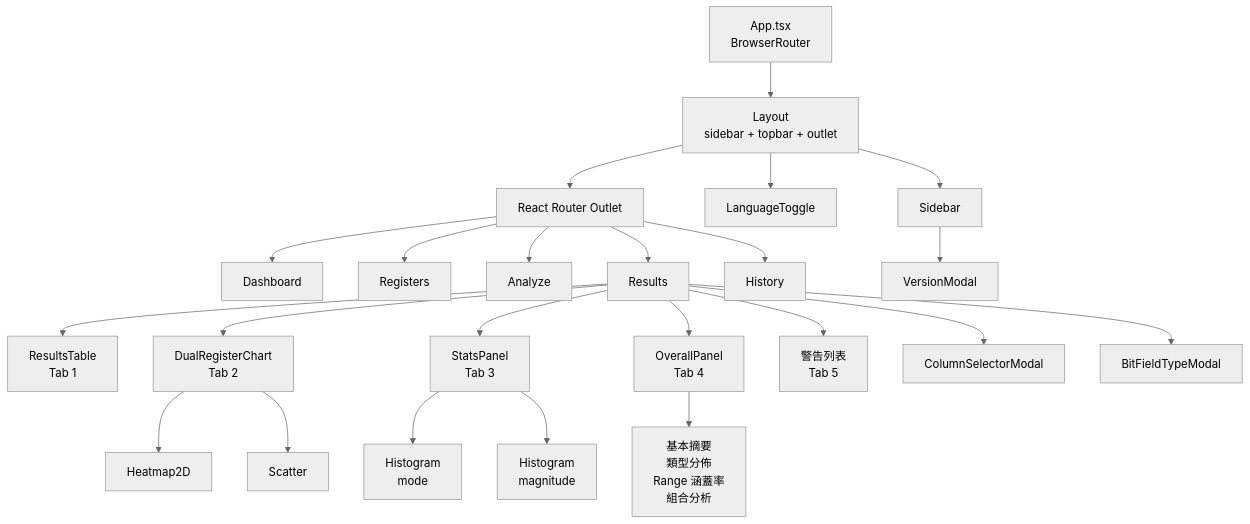
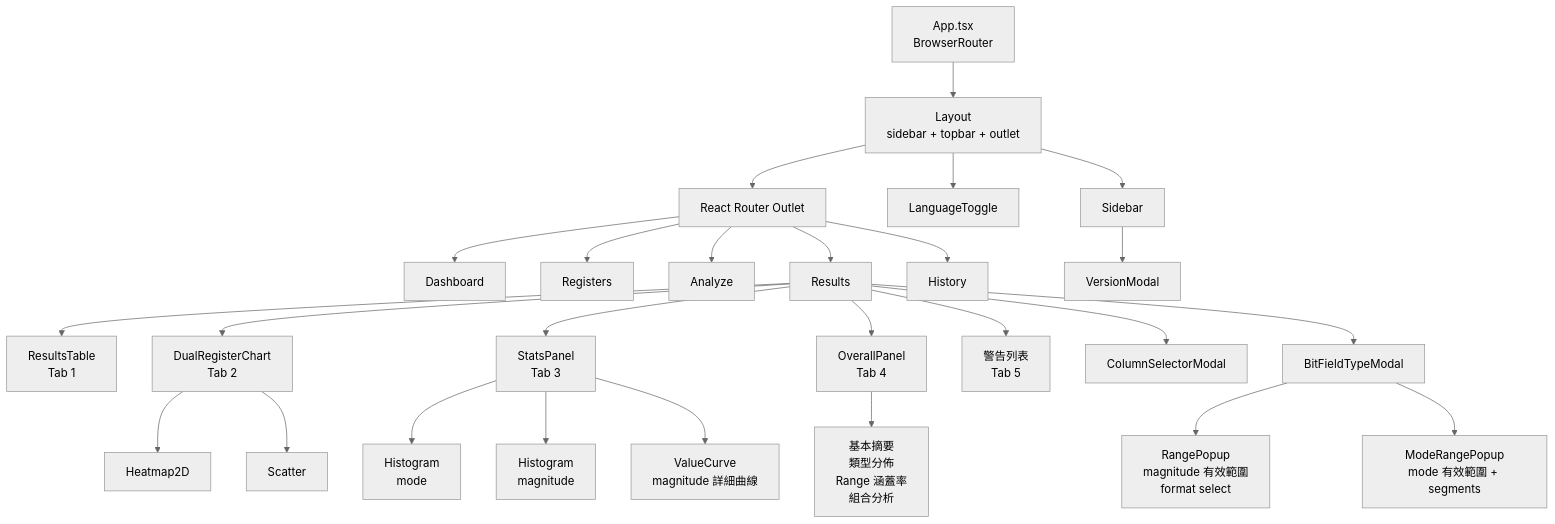
The second of 3 diagrams in docs/detailed-design/01-overview-and-components.md (aaronhsueh0506/FPGA_analyer), drawn with Mermaid (neutral theme) before and after one commit. The commit also changed other lines of this file and 14 other files, not shown here.

````diff
--- a/docs/detailed-design/01-overview-and-components.md
+++ b/docs/detailed-design/01-overview-and-components.md
@@ -54,31 +54,35 @@
 ```mermaid
 graph TD
     App[App.tsx<br/>BrowserRouter] --> Layout[Layout<br/>sidebar + topbar + outlet]
     Layout --> Sidebar
     Layout --> LanguageToggle
     Layout --> Outlet[React Router Outlet]
 
     Outlet --> Dashboard
     Outlet --> Registers
     Outlet --> Analyze
     Outlet --> Results
     Outlet --> History
 
     Sidebar --> VersionModal
 
     Results --> ResultsTable[ResultsTable<br/>Tab 1]
     Results --> DualRegisterChart[DualRegisterChart<br/>Tab 2]
     Results --> StatsPanel[StatsPanel<br/>Tab 3]
     Results --> OverallPanel[OverallPanel<br/>Tab 4]
     Results --> WarningsView[警告列表<br/>Tab 5]
     Results --> ColumnSelectorModal
     Results --> BitFieldTypeModal
 
     DualRegisterChart --> Heatmap2D
     DualRegisterChart --> Scatter
 
     StatsPanel --> HistogramMode[Histogram<br/>mode]
     StatsPanel --> HistogramMag[Histogram<br/>magnitude]
+    StatsPanel --> ValueCurve[ValueCurve<br/>magnitude 詳細曲線]
+
+    BitFieldTypeModal --> RangePopup[RangePopup<br/>magnitude 有效範圍<br/>format select]
+    BitFieldTypeModal --> ModeRangePopup[ModeRangePopup<br/>mode 有效範圍 + segments]
 
     OverallPanel --> HistogramOverall[基本摘要<br/>類型分佈<br/>Range 涵蓋率<br/>組合分析]
 ```
````
